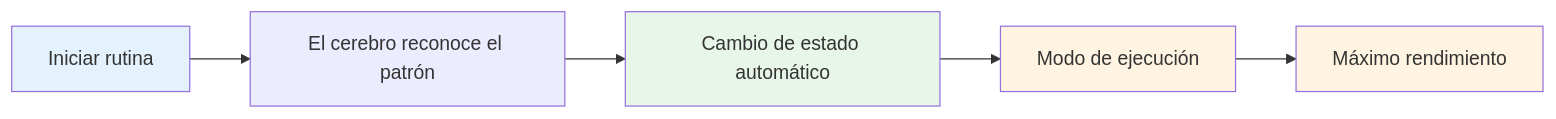
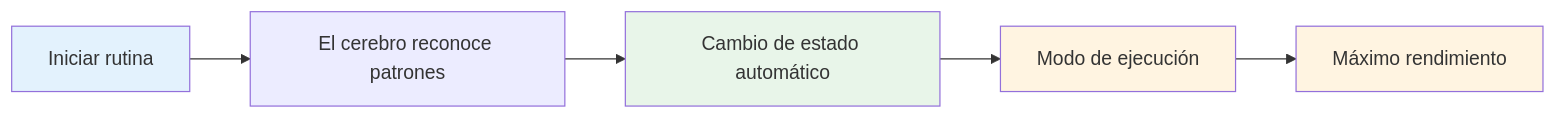
The diagram in docs/es/education/mental-strength/pre-shot-routine.md (patwii/petanque-academy), drawn with Mermaid before and after one commit. The commit also changed other lines of this file and 532 other files, not shown here.

````diff
--- a/docs/es/education/mental-strength/pre-shot-routine.md
+++ b/docs/es/education/mental-strength/pre-shot-routine.md
@@ -11,12 +11,12 @@
 ```mermaid
 graph LR
-    A[Iniciar rutina] --> B[El cerebro reconoce el patrón]
+    A[Iniciar rutina] --> B[El cerebro reconoce patrones]
     B --> C[Cambio de estado automático]
     C --> D[Modo de ejecución]
     D --> E[Máximo rendimiento]
 
     style A fill:#e3f2fd
     style C fill:#e8f5e9
     style D fill:#fff4e1
     style E fill:#fff4e1
 ```
````
